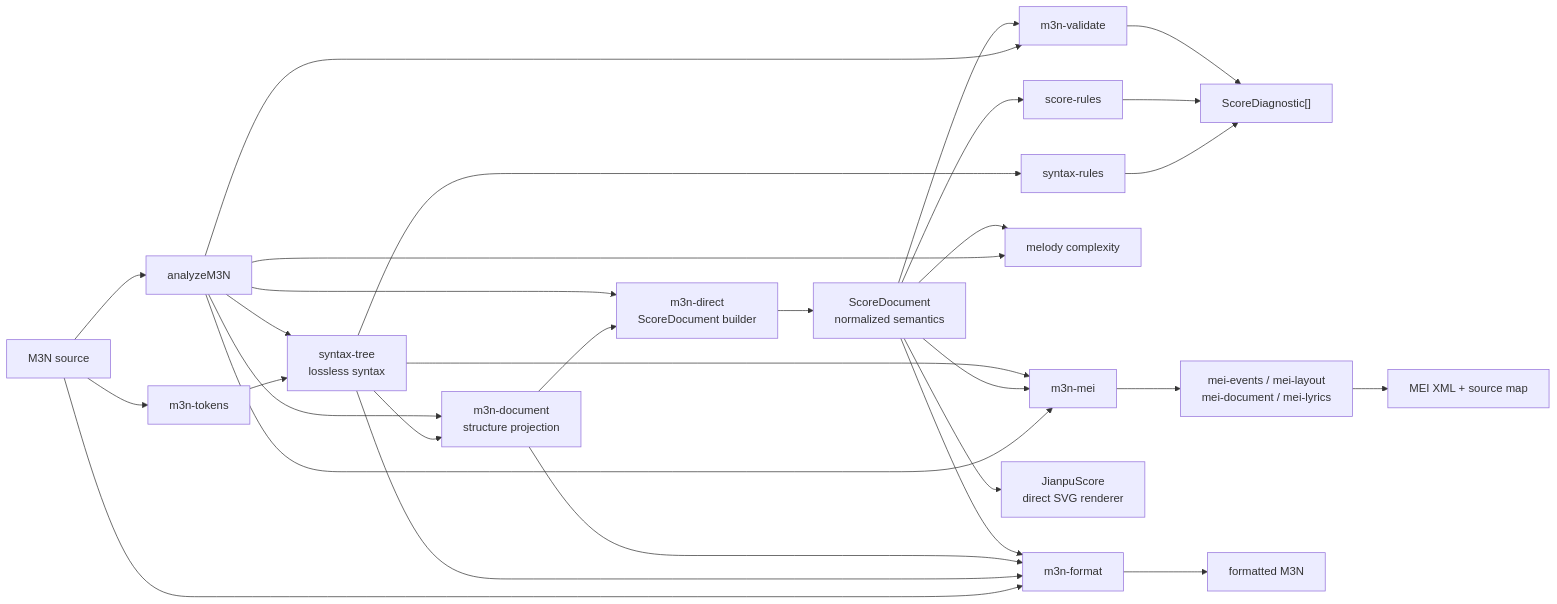
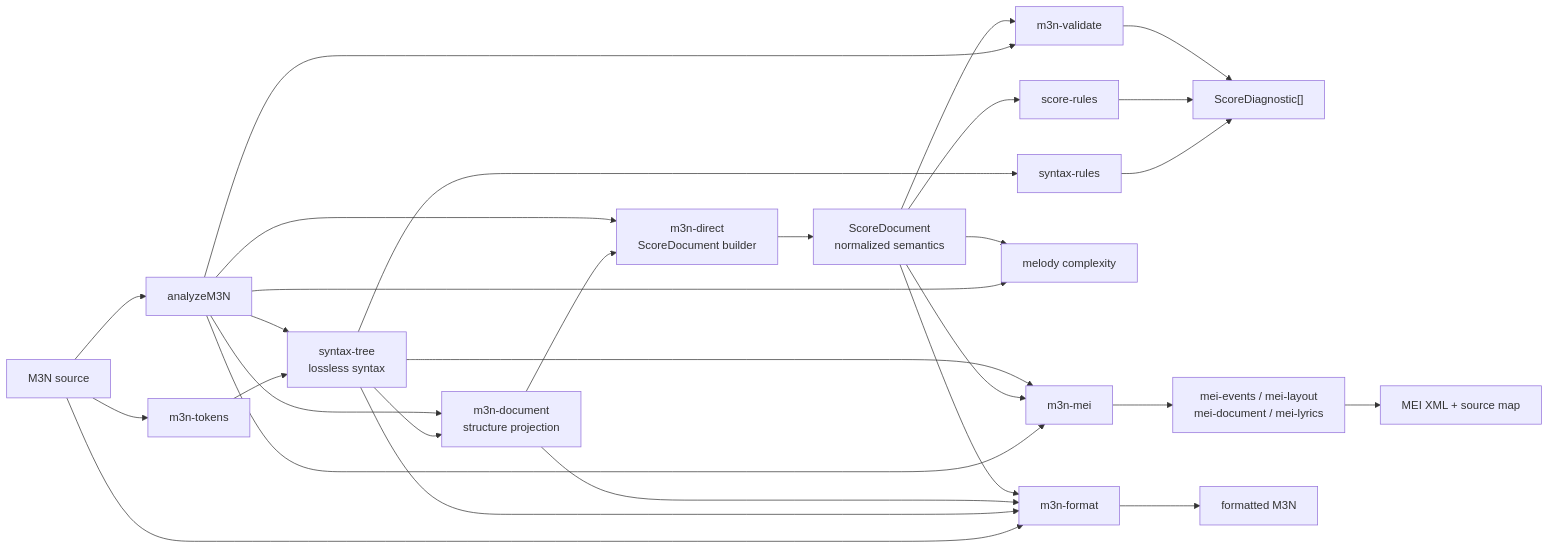
One commit to huazhechen/m3n changed the third of 5 diagrams in docs/CODEGRAPH.md. Above: the diagram before and after it, drawn with Mermaid. The commit also changed other lines of this file and 20 other files, not shown here.

````diff
--- a/docs/CODEGRAPH.md
+++ b/docs/CODEGRAPH.md
@@ -72,42 +72,40 @@
 ```mermaid
 flowchart LR
   source["M3N source"]
   tokens["m3n-tokens"]
   syntax["syntax-tree<br/>lossless syntax"]
   projection["m3n-document<br/>structure projection"]
   direct["m3n-direct<br/>ScoreDocument builder"]
   score["ScoreDocument<br/>normalized semantics"]
   validation["m3n-validate"]
   syntaxRules["syntax-rules"]
   scoreRules["score-rules"]
   diagnostics["ScoreDiagnostic[]"]
   analysis["analyzeM3N"]
   complexity["melody complexity"]
   mei["m3n-mei"]
-  jianpu["JianpuScore<br/>direct SVG renderer"]
   meiParts["mei-events / mei-layout<br/>mei-document / mei-lyrics"]
   xml["MEI XML + source map"]
   format["m3n-format"]
   formatted["formatted M3N"]
 
   source --> tokens --> syntax --> projection --> direct --> score
   source --> analysis
   analysis --> syntax
   analysis --> projection
   analysis --> direct
   analysis --> validation
   analysis --> complexity
   analysis --> mei
   syntax --> syntaxRules --> diagnostics
   score --> scoreRules --> diagnostics
   score --> validation --> diagnostics
   score --> complexity
   score --> mei
   syntax --> mei
   mei --> meiParts --> xml
-  score --> jianpu
   source --> format
   syntax --> format
   projection --> format
   score --> format --> formatted
 ```
````
